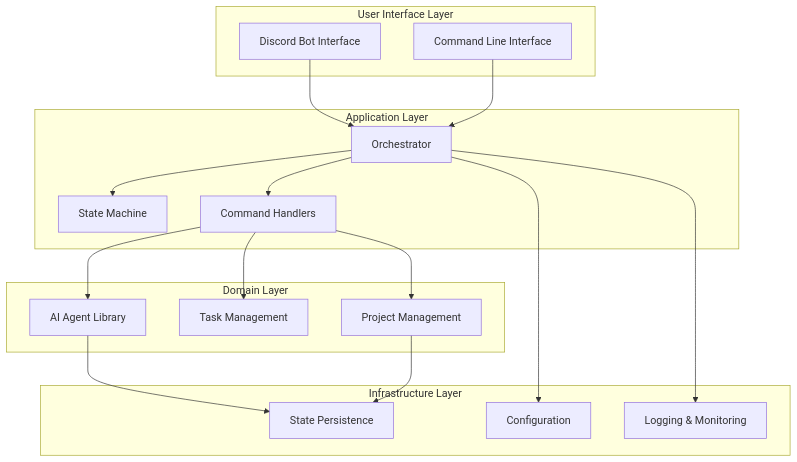
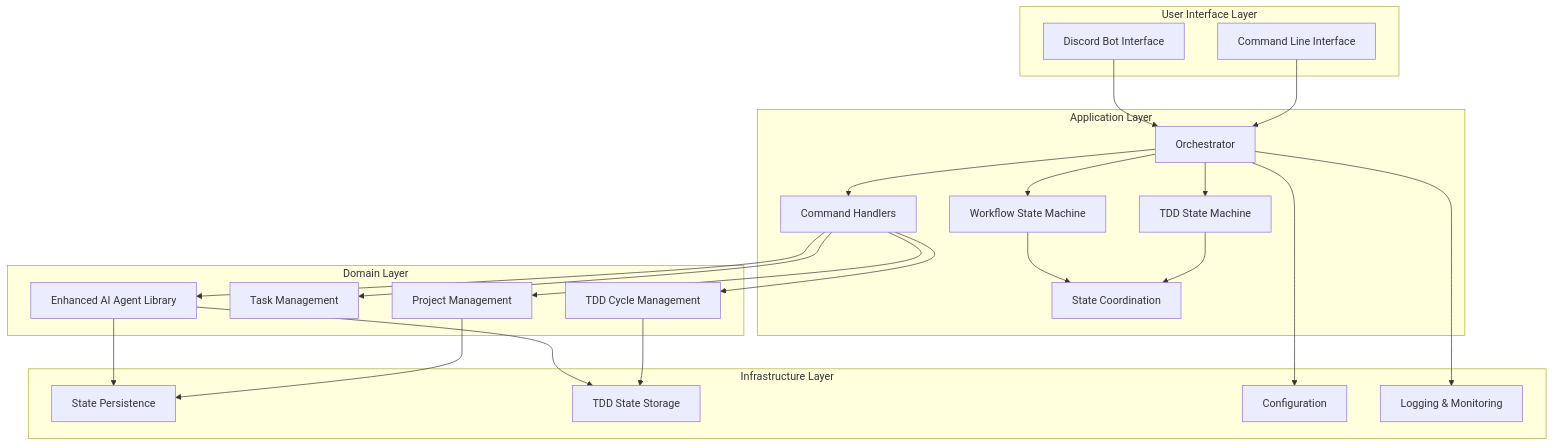
The first of 3 diagrams in docs_src/advanced/architecture-detailed.md (jmontp/agent-workflow), drawn with Mermaid before and after one commit. The commit also changed other lines of this file and 9 other files, not shown here.

First line of the commit message:
Update advanced documentation for dual state machine architecture with TDD integration

````diff
--- a/docs_src/advanced/architecture-detailed.md
+++ b/docs_src/advanced/architecture-detailed.md
@@ -29,37 +31,47 @@
 ```mermaid
 graph TB
     subgraph "User Interface Layer"
         Discord[Discord Bot Interface]
         CLI[Command Line Interface]
     end
     
     subgraph "Application Layer"
         Orch[Orchestrator]
-        SM[State Machine]
+        WSM[Workflow State Machine]
+        TSM[TDD State Machine]
         Commands[Command Handlers]
+        Coord[State Coordination]
     end
     
     subgraph "Domain Layer"
-        Agents[AI Agent Library]
+        Agents[Enhanced AI Agent Library]
         Tasks[Task Management]
         Projects[Project Management]
+        TDDCycles[TDD Cycle Management]
     end
     
     subgraph "Infrastructure Layer"
         State[State Persistence]
+        TDDState[TDD State Storage]
         Config[Configuration]
         Logging[Logging & Monitoring]
     end
     
     Discord --> Orch
     CLI --> Orch
-    Orch --> SM
+    Orch --> WSM
+    Orch --> TSM
     Orch --> Commands
+    WSM --> Coord
+    TSM --> Coord
     Commands --> Agents
     Commands --> Tasks
     Commands --> Projects
+    Commands --> TDDCycles
     Agents --> State
+    Agents --> TDDState
     Projects --> State
+    TDDCycles --> TDDState
     Orch --> Config
     Orch --> Logging
 ```
````
